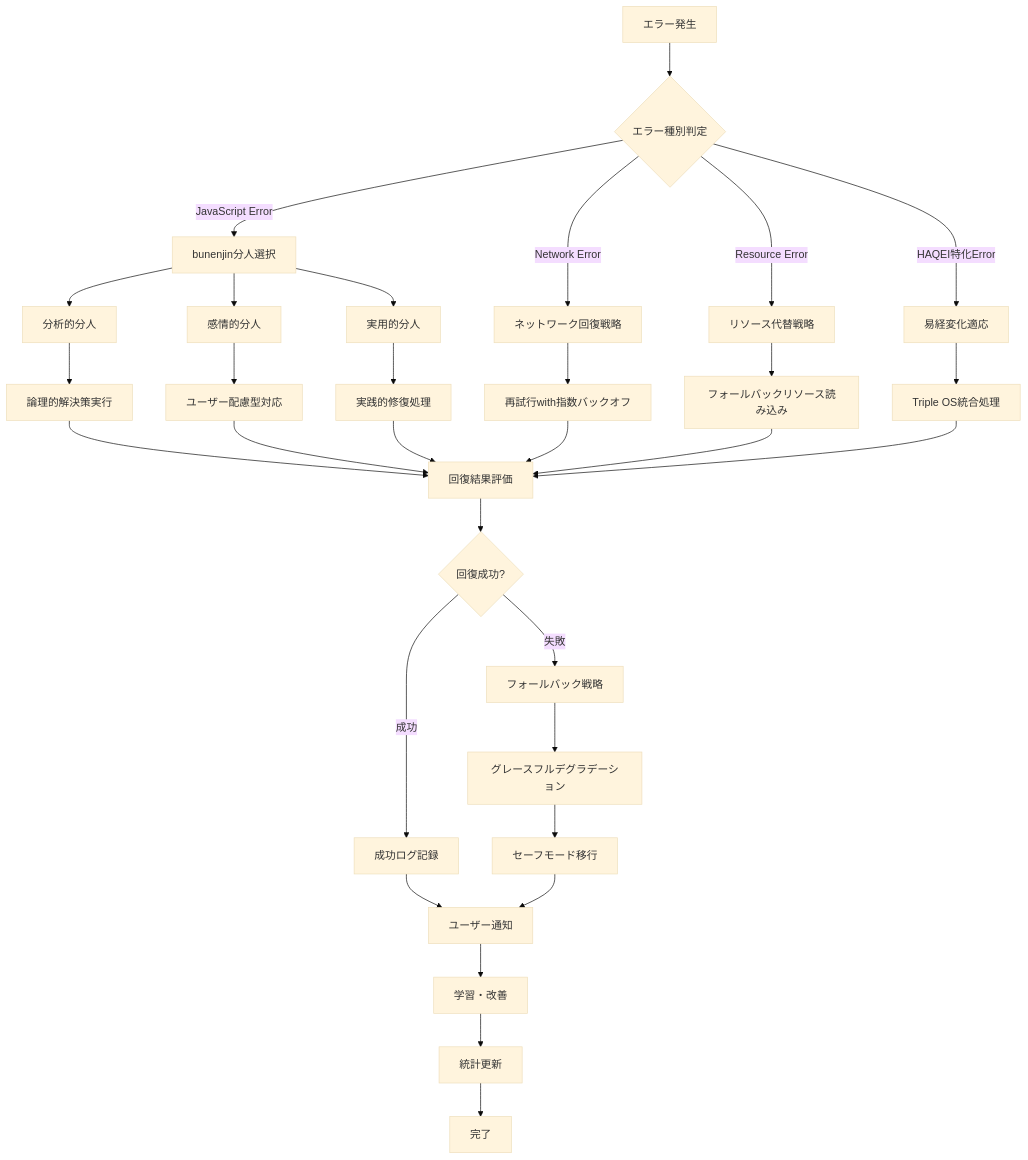
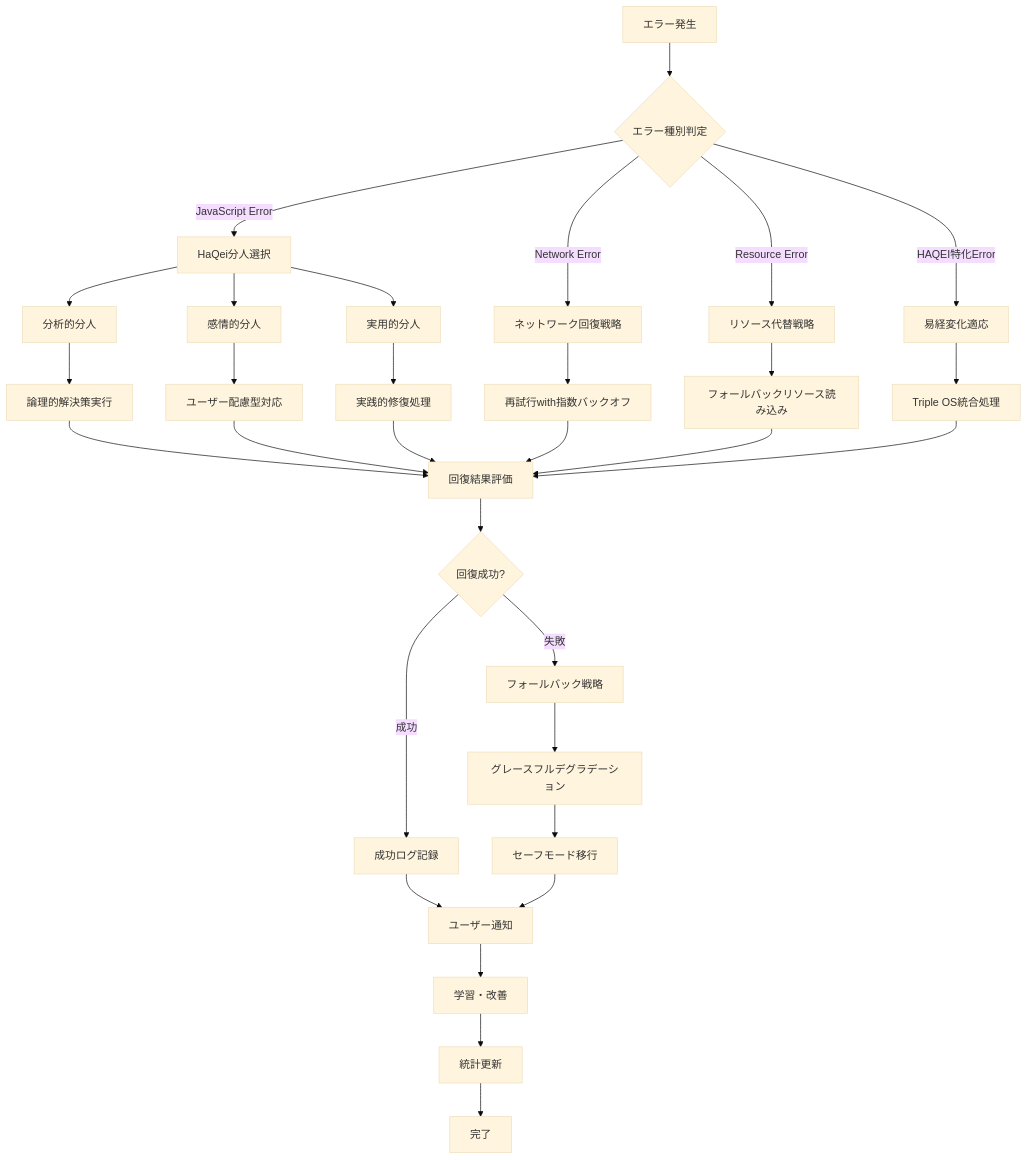
One commit to hidenaka/haqei-analyzer changed the first of 2 diagrams in HAQEI_UNIFIED_ERROR_SYSTEM_ARCHITECTURE.md. Above: the diagram before and after it, drawn with Mermaid (base theme). The commit also changed other lines of this file and 1060 other files, not shown here.

````diff
--- a/HAQEI_UNIFIED_ERROR_SYSTEM_ARCHITECTURE.md
+++ b/HAQEI_UNIFIED_ERROR_SYSTEM_ARCHITECTURE.md
@@ -150,43 +150,43 @@
 ```mermaid
 graph TD
     A[エラー発生] --> B{エラー種別判定}
     
-    B -->|JavaScript Error| C[bunenjin分人選択]
+    B -->|JavaScript Error| C[HaQei分人選択]
     B -->|Network Error| D[ネットワーク回復戦略]
     B -->|Resource Error| E[リソース代替戦略]
     B -->|HAQEI特化Error| F[易経変化適応]
     
     C --> G[分析的分人]
     C --> H[感情的分人]
     C --> I[実用的分人]
     
     G --> J[論理的解決策実行]
     H --> K[ユーザー配慮型対応]
     I --> L[実践的修復処理]
     
     D --> M[再試行with指数バックオフ]
     E --> N[フォールバックリソース読み込み]
     F --> O[Triple OS統合処理]
     
     J --> P[回復結果評価]
     K --> P
     L --> P
     M --> P
     N --> P
     O --> P
     
     P --> Q{回復成功?}
     
     Q -->|成功| R[成功ログ記録]
     Q -->|失敗| S[フォールバック戦略]
     
     S --> T[グレースフルデグラデーション]
     T --> U[セーフモード移行]
     
     R --> V[ユーザー通知]
     U --> V
     
     V --> W[学習・改善]
     W --> X[統計更新]
     X --> Y[完了]
 ```
````
